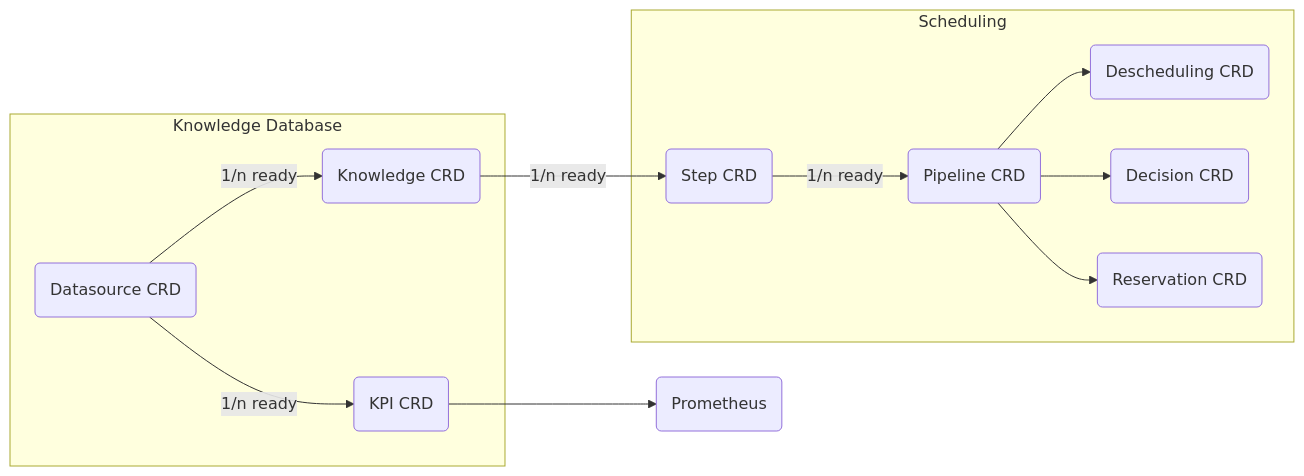
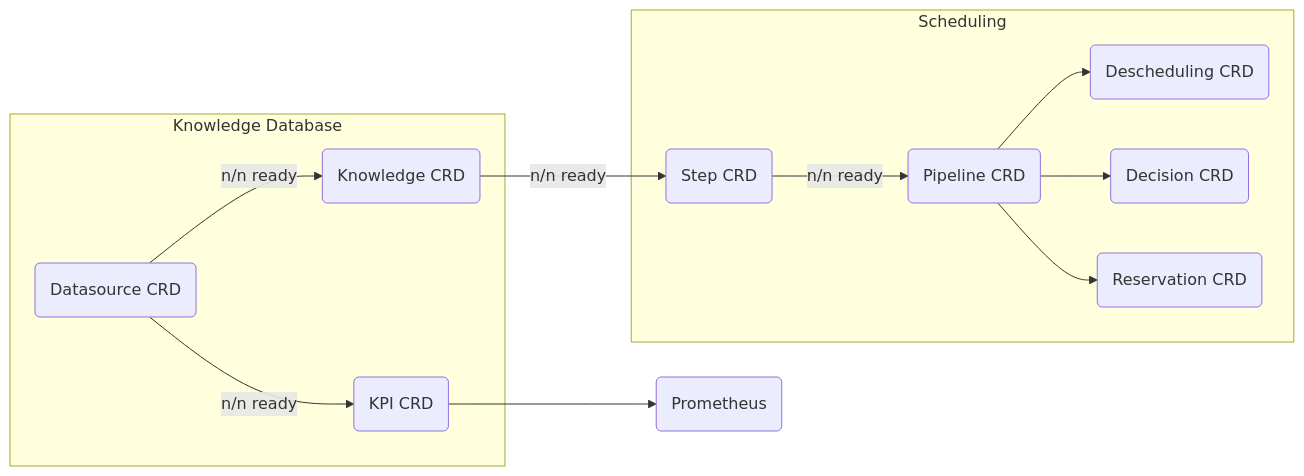
The diagram in docs/apis.md (cobaltcore-dev/cortex), drawn with Mermaid before and after one commit.

````diff
--- a/docs/apis.md
+++ b/docs/apis.md
@@ -7,26 +7,26 @@
 ```mermaid
 graph LR;
     subgraph knowledgedb [Knowledge Database]
     datasource(Datasource CRD)
     kpi(KPI CRD)
     knowledge(Knowledge CRD)
-    datasource -- 1/n ready --> kpi
-    datasource -- 1/n ready --> knowledge
+    datasource -- n/n ready --> kpi
+    datasource -- n/n ready --> knowledge
     end
 
     subgraph scheduling [Scheduling]
     step(Step CRD)
     pipeline(Pipeline CRD)
-    step -- 1/n ready --> pipeline
+    step -- n/n ready --> pipeline
     descheduling(Descheduling CRD)
     decision(Decision CRD)
     reservation(Reservation CRD)
     pipeline --> descheduling
     pipeline --> decision
     pipeline --> reservation
     end
 
     prometheus(Prometheus)
     kpi --> prometheus
-    knowledge -- 1/n ready --> step
+    knowledge -- n/n ready --> step
 ```
````
